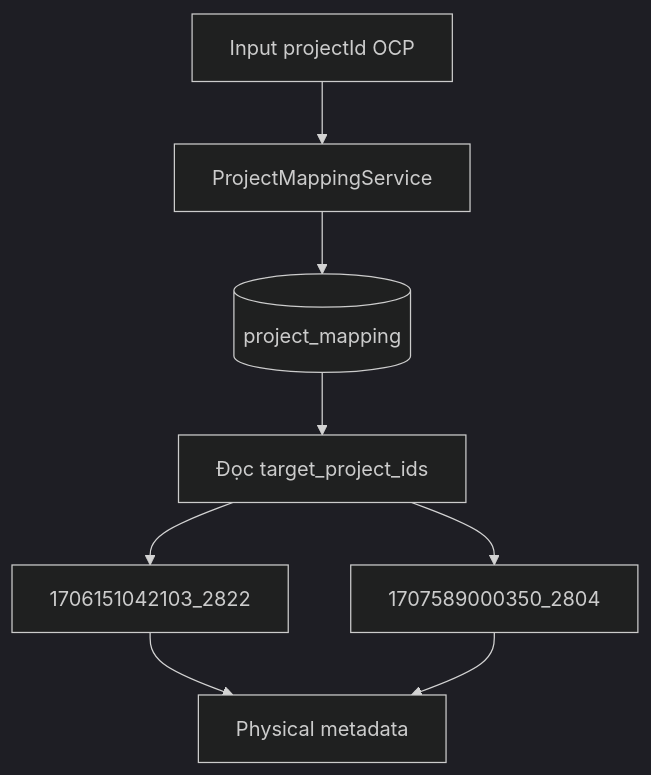
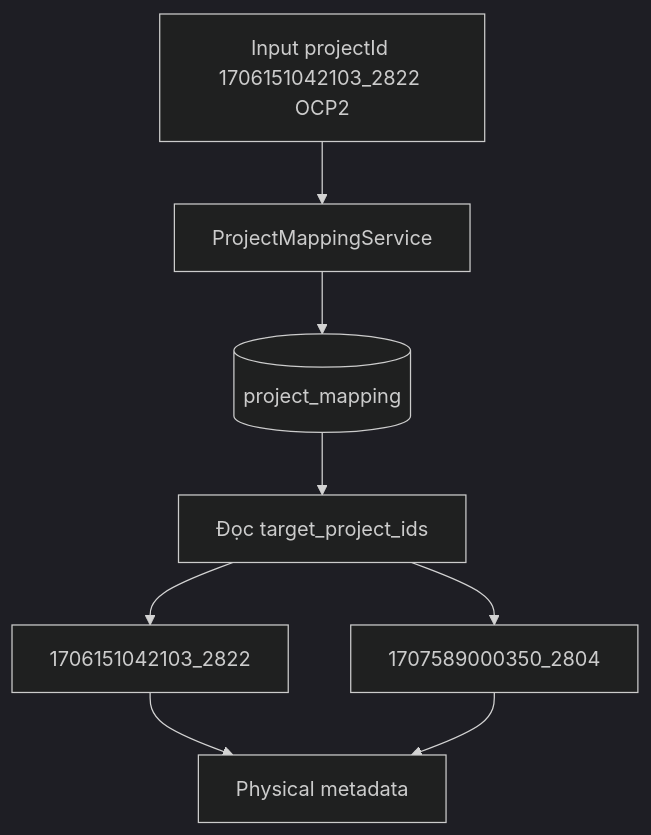
One commit to huynv-xyz/vhm changed the first of 6 diagrams in BDSKD-6590-ocp23-project-mapping-spec.md. Above: the diagram before and after it, drawn with Mermaid (dark theme). The commit also changed other lines of this file, not shown here.

````diff
--- a/BDSKD-6590-ocp23-project-mapping-spec.md
+++ b/BDSKD-6590-ocp23-project-mapping-spec.md
@@ -110,10 +110,10 @@
 ```mermaid
 flowchart TD
-    INPUT[Input projectId OCP] --> SERVICE[ProjectMappingService]
+    INPUT[Input projectId 1706151042103_2822 OCP2] --> SERVICE[ProjectMappingService]
     SERVICE --> DB[(project_mapping)]
     DB --> TARGETS[Đọc target_project_ids]
     TARGETS --> OCP2[1706151042103_2822]
     TARGETS --> OCP3[1707589000350_2804]
     OCP2 --> META[Physical metadata]
     OCP3 --> META
 ```
````
